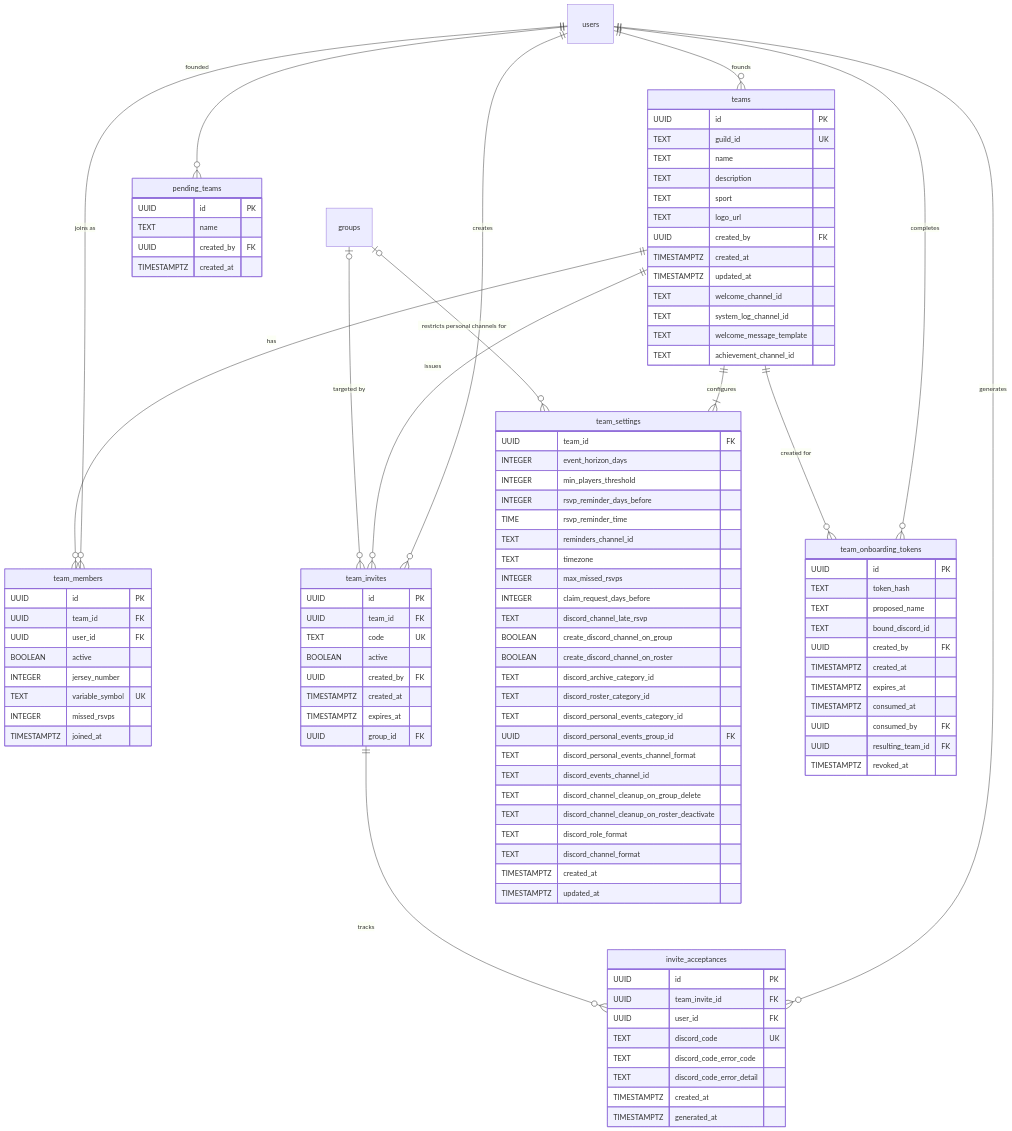
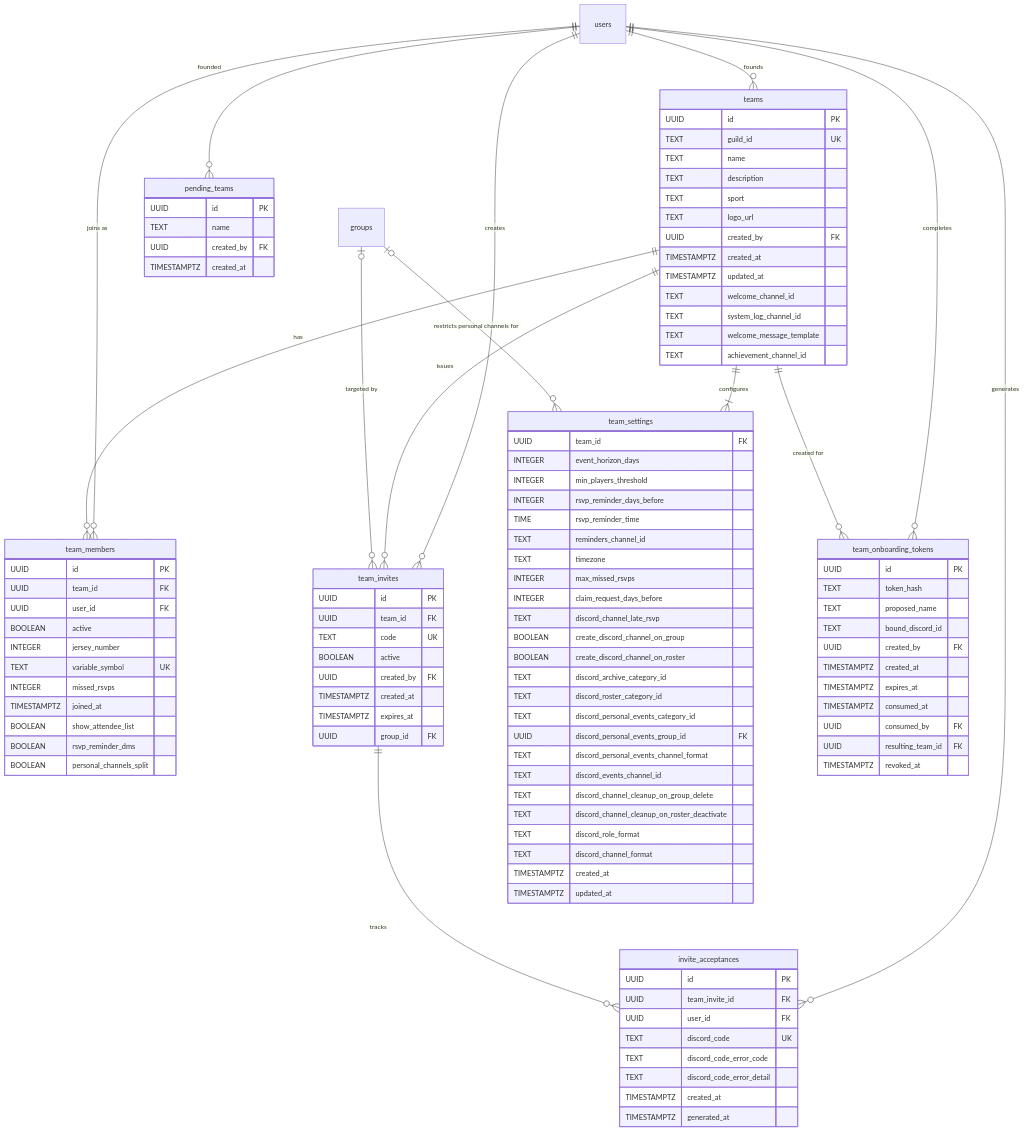
The third of 23 diagrams in docs/thesis/er-diagram.md (sideline-cz/sideline), drawn with Mermaid before and after one commit. The commit also changed other lines of this file and 59 other files, not shown here.

```diff
--- a/docs/thesis/er-diagram.md
+++ b/docs/thesis/er-diagram.md
@@ -262,6 +262,9 @@
         TEXT variable_symbol UK
         INTEGER missed_rsvps
         TIMESTAMPTZ joined_at
+        BOOLEAN show_attendee_list
+        BOOLEAN rsvp_reminder_dms
+        BOOLEAN personal_channels_split
     }
 
     team_invites {
```
